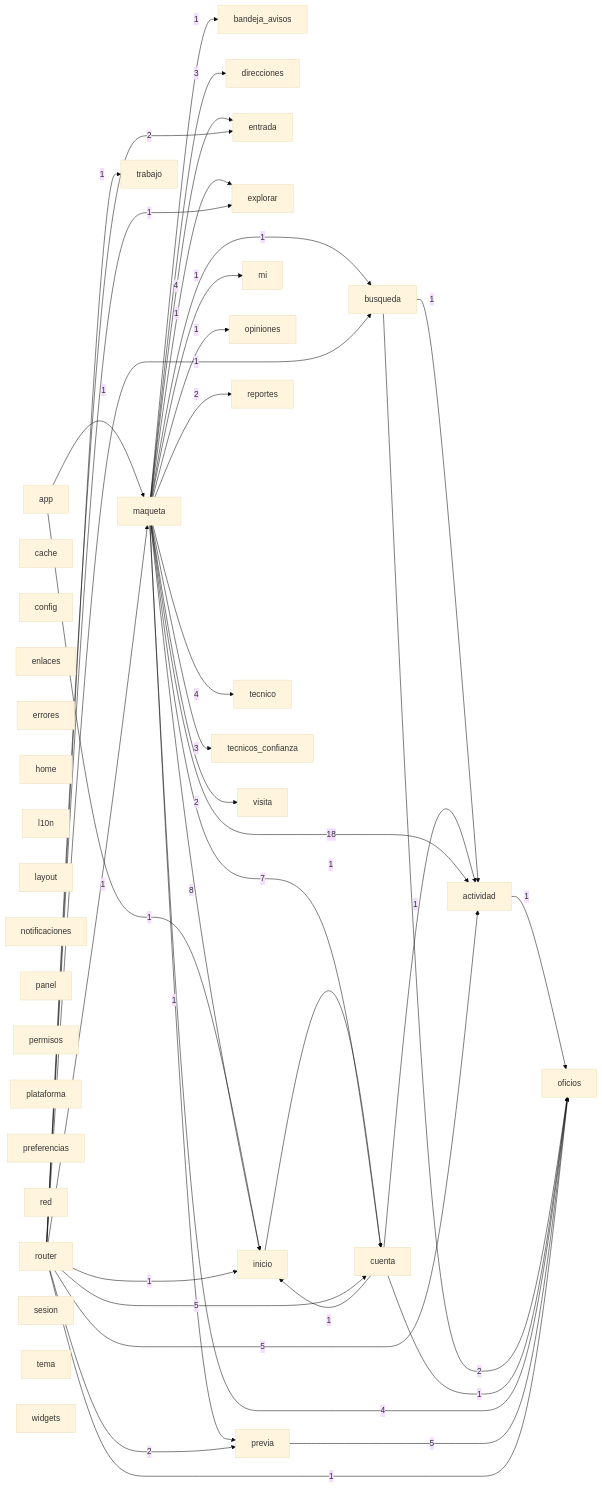
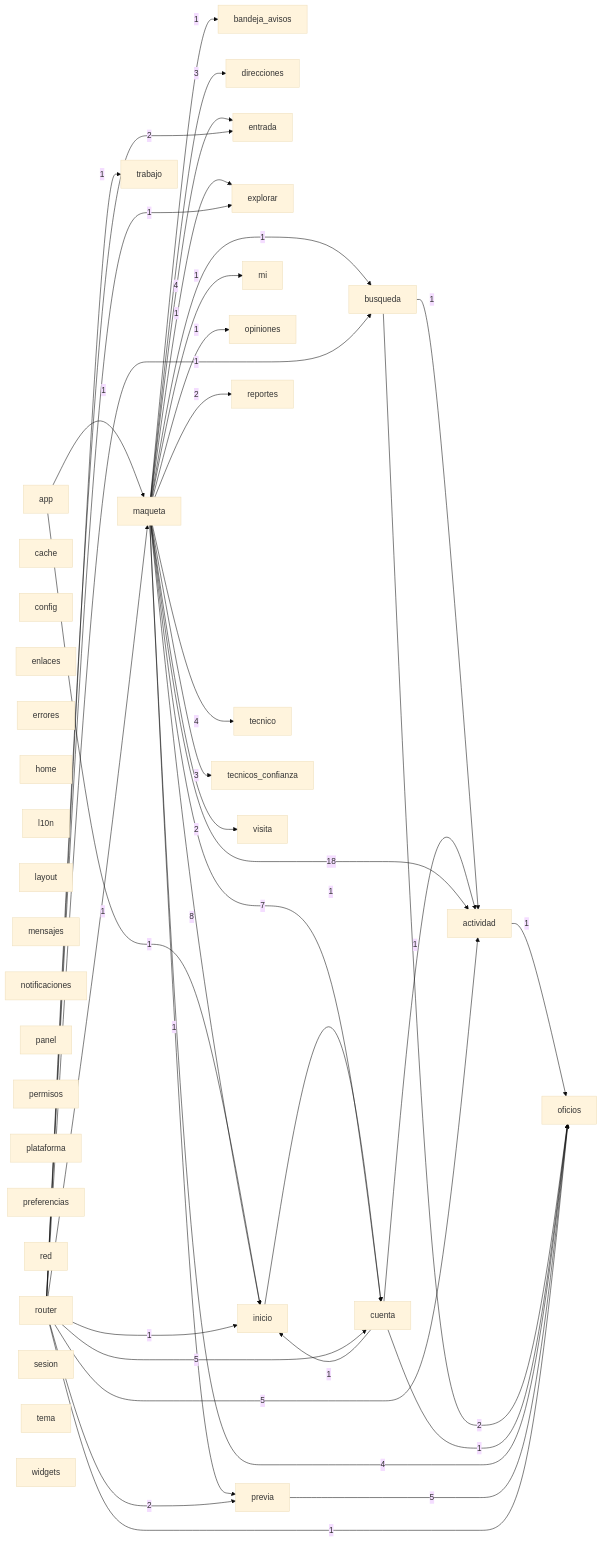
One commit to Tensei-Devs/knock-frontend changed the diagram in docs/architecture/modules.mmd. Above: the diagram before and after it, drawn with Mermaid (base theme). The commit also changed 9 other files, not shown here.

```diff
--- a/docs/architecture/modules.mmd
+++ b/docs/architecture/modules.mmd
@@ -1,73 +1,74 @@
 graph LR
   actividad["actividad"]
   app["app"]
   bandeja_avisos["bandeja_avisos"]
   busqueda["busqueda"]
   cache["cache"]
   config["config"]
   cuenta["cuenta"]
   direcciones["direcciones"]
   enlaces["enlaces"]
   entrada["entrada"]
   errores["errores"]
   explorar["explorar"]
   home["home"]
   inicio["inicio"]
   l10n["l10n"]
   layout["layout"]
   maqueta["maqueta"]
+  mensajes["mensajes"]
   mi["mi"]
   notificaciones["notificaciones"]
   oficios["oficios"]
   opiniones["opiniones"]
   panel["panel"]
   permisos["permisos"]
   plataforma["plataforma"]
   preferencias["preferencias"]
   previa["previa"]
   red["red"]
   reportes["reportes"]
   router["router"]
   sesion["sesion"]
   tecnico["tecnico"]
   tecnicos_confianza["tecnicos_confianza"]
   tema["tema"]
   trabajo["trabajo"]
   visita["visita"]
   widgets["widgets"]
   actividad -->|1| oficios
   app -->|1| inicio
   app -->|1| maqueta
   busqueda -->|1| actividad
   busqueda -->|2| oficios
   cuenta -->|1| actividad
   cuenta -->|1| inicio
   cuenta -->|1| oficios
   inicio -->|1| cuenta
   maqueta -->|18| actividad
   maqueta -->|1| bandeja_avisos
   maqueta -->|1| busqueda
   maqueta -->|7| cuenta
   maqueta -->|3| direcciones
   maqueta -->|4| entrada
   maqueta -->|1| explorar
   maqueta -->|8| inicio
   maqueta -->|1| mi
   maqueta -->|4| oficios
   maqueta -->|1| opiniones
   maqueta -->|1| previa
   maqueta -->|2| reportes
   maqueta -->|4| tecnico
   maqueta -->|3| tecnicos_confianza
   maqueta -->|2| visita
   previa -->|5| oficios
   router -->|5| actividad
   router -->|1| busqueda
   router -->|5| cuenta
   router -->|2| entrada
   router -->|1| explorar
   router -->|1| inicio
   router -->|1| maqueta
   router -->|1| oficios
   router -->|2| previa
   router -->|1| trabajo
```
